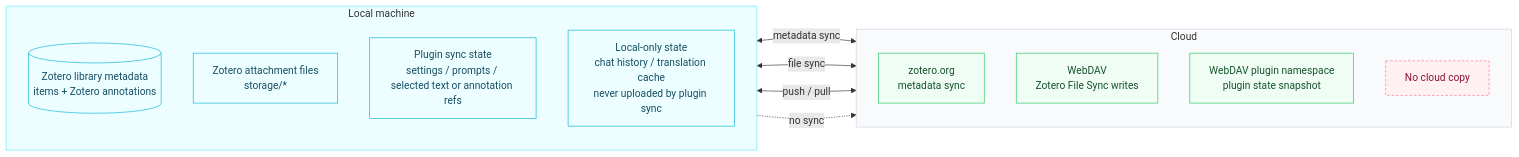
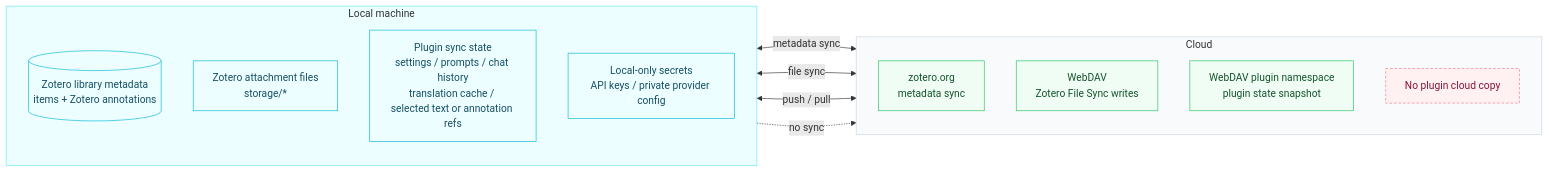
Before and after one commit to zhi-11/zotero-ai-sidebar: the second of 2 diagrams in README.md, drawn with Mermaid. The commit also changed other lines of this file and 1 other file, not shown here.

Commit message:
docs: update README for v0.5.2 sync and Windows path fix

````diff
--- a/README.md
+++ b/README.md
@@ -172,30 +176,30 @@
 ```mermaid
 flowchart LR
     subgraph Local[Local machine]
         direction TB
         Lib[(Zotero library metadata<br/>items + Zotero annotations)]
         Storage[Zotero attachment files<br/>storage/*]
-        Plugin[Plugin sync state<br/>settings / prompts / selected text or annotation refs]
-        LocalState[Local-only state<br/>chat history / translation cache<br/>never uploaded by plugin sync]
+        Plugin[Plugin sync state<br/>settings / prompts / chat history<br/>translation cache / selected text or annotation refs]
+        Secrets[Local-only secrets<br/>API keys / private provider config]
     end
     subgraph Cloud[Cloud]
         direction TB
         ZS[zotero.org<br/>metadata sync]
         WD1[WebDAV<br/>Zotero File Sync writes]
         WD2[WebDAV plugin namespace<br/>plugin state snapshot]
-        NoCloud[No cloud copy]
+        NoCloud[No plugin cloud copy]
     end
     Lib <-->|metadata sync| ZS
     Storage <-->|file sync| WD1
     Plugin <-->|push / pull| WD2
-    LocalState -.no sync.-> NoCloud
+    Secrets -.no sync.-> NoCloud
 
     classDef local fill:#ecfeff,stroke:#06b6d4,color:#164e63,stroke-width:1px;
     classDef cloud fill:#f0fdf4,stroke:#22c55e,color:#14532d,stroke-width:1px;
     classDef blocked fill:#fff1f2,stroke:#fb7185,color:#881337,stroke-width:1px,stroke-dasharray:4 3;
-    class Lib,Storage,Plugin,LocalState local;
+    class Lib,Storage,Plugin,Secrets local;
     class ZS,WD1,WD2 cloud;
     class NoCloud blocked;
     style Local fill:#ecfeff,stroke:#67e8f9,stroke-width:1px
     style Cloud fill:#f8fafc,stroke:#cbd5e1,stroke-width:1px
 ```
````
